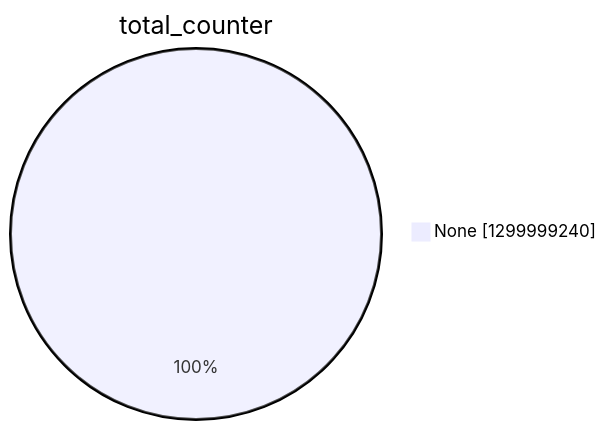
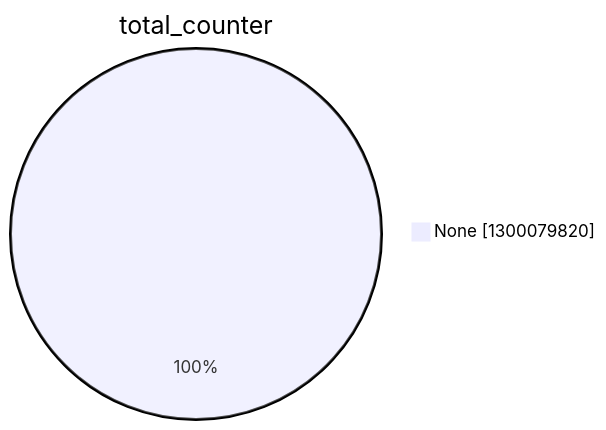
The second of 15 diagrams in argon2022/README.md (christiankrug/ctmonitor_visualization), drawn with Mermaid before and after one commit. The commit also changed other lines of this file, not shown here.

````diff
--- a/argon2022/README.md
+++ b/argon2022/README.md
@@ -9,5 +9,5 @@
 ```mermaid
 pie showData
 title total_counter
-"None" :1299999240
+"None" :1300079820
 ```
````
